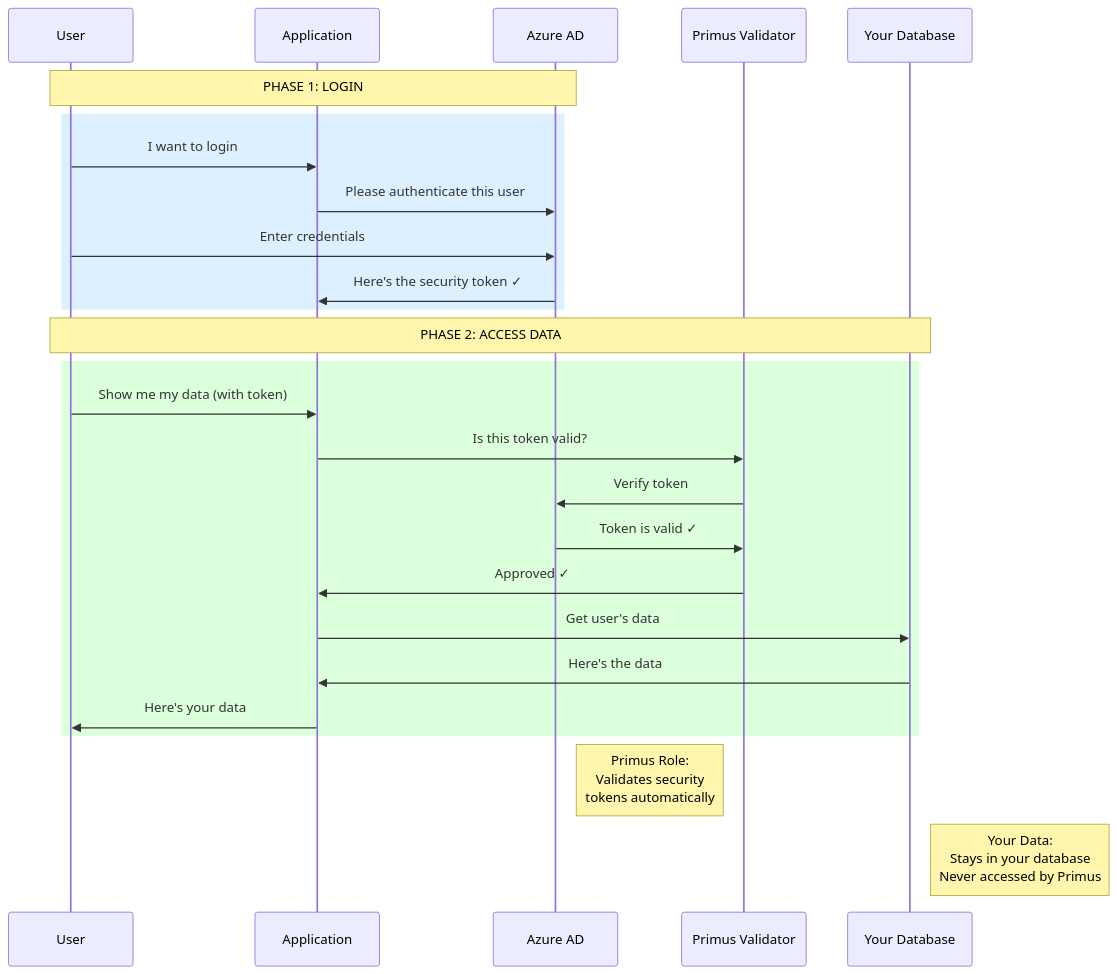
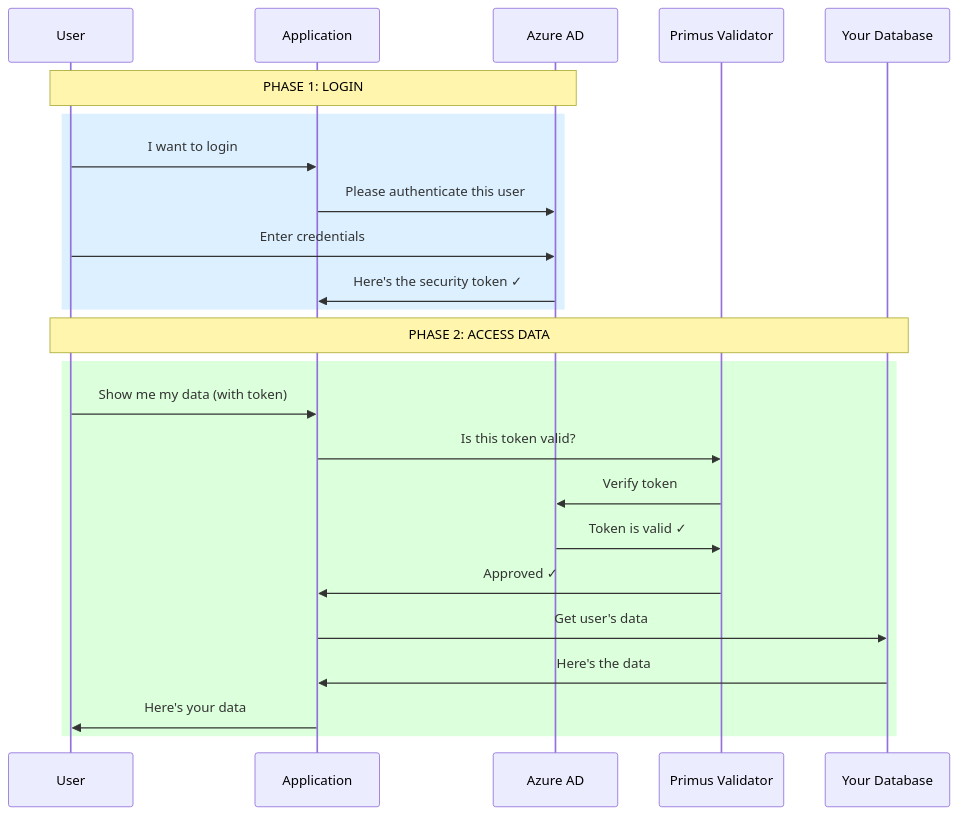
One commit to akkikhan/Primus-SaaS changed the diagram in azure_ad_simple_flow.md. Above: the diagram before and after it, drawn with Mermaid. The commit also changed 21 other files, not shown here.

````diff
--- a/azure_ad_simple_flow.md
+++ b/azure_ad_simple_flow.md
@@ -4,31 +4,28 @@
 ```mermaid
 sequenceDiagram
     participant User
     participant Application
     participant AzureAD as Azure AD
     participant Primus as Primus Validator
     participant Database as Your Database
 
     Note over User,AzureAD: PHASE 1: LOGIN
     rect rgb(220, 240, 255)
         User->>Application: I want to login
         Application->>AzureAD: Please authenticate this user
         User->>AzureAD: Enter credentials
         AzureAD->>Application: Here's the security token ✓
     end
 
     Note over User,Database: PHASE 2: ACCESS DATA
     rect rgb(220, 255, 220)
         User->>Application: Show me my data (with token)
         Application->>Primus: Is this token valid?
         Primus->>AzureAD: Verify token
         AzureAD->>Primus: Token is valid ✓
         Primus->>Application: Approved ✓
         Application->>Database: Get user's data
         Database->>Application: Here's the data
         Application->>User: Here's your data
     end
-
-    Note left of Primus: Primus Role:<br/>Validates security<br/>tokens automatically
-    Note right of Database: Your Data:<br/>Stays in your database<br/>Never accessed by Primus
 ```
````
